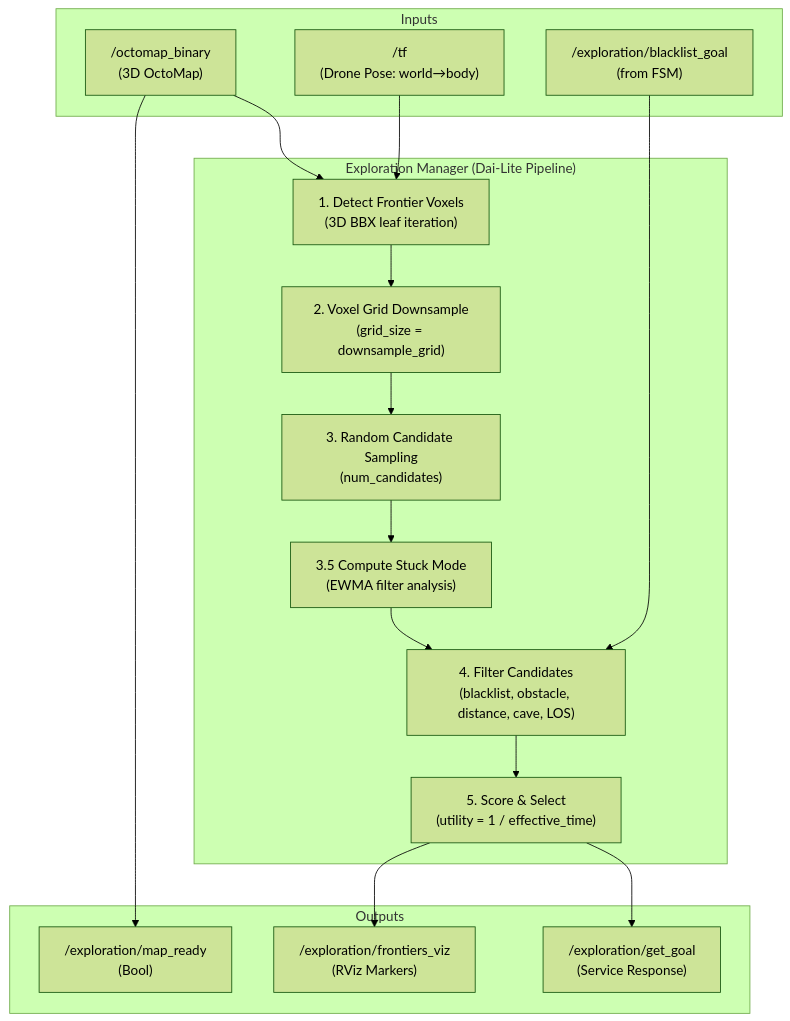
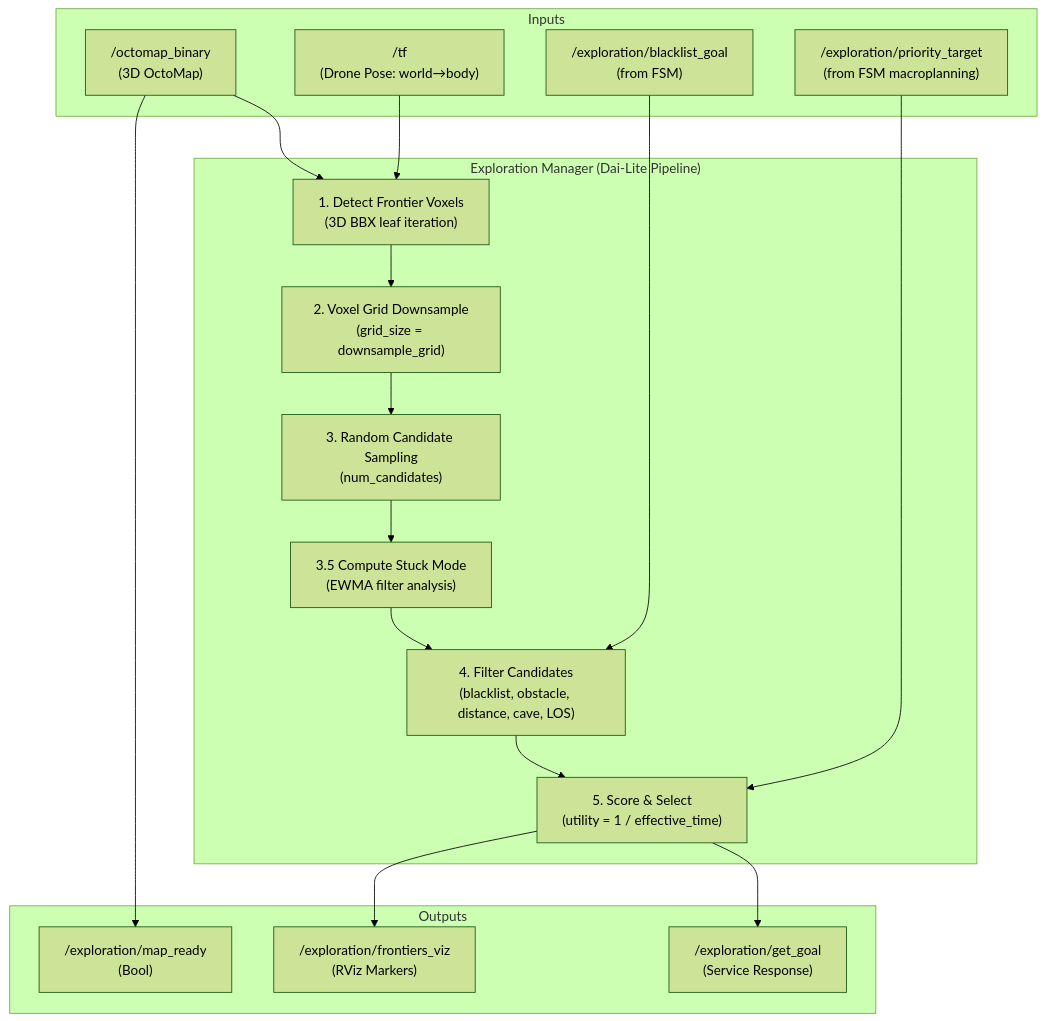
One commit to AlejandroMerinoArias/Final_Assigment-main changed the diagram in ros2_ws/src/exploring/README.md. Above: the diagram before and after it, drawn with Mermaid (forest theme). The commit also changed other lines of this file and 5 other files, not shown here.

Commit message:
Refine single-edge macroplanning with priority exploration target

````diff
--- a/ros2_ws/src/exploring/README.md
+++ b/ros2_ws/src/exploring/README.md
@@ -17,35 +17,37 @@
 ```mermaid
 graph TD
     subgraph "Inputs"
         octomap["/octomap_binary<br/>(3D OctoMap)"]
         tf["/tf<br/>(Drone Pose: world→body)"]
         blacklist["/exploration/blacklist_goal<br/>(from FSM)"]
+        priority_target["/exploration/priority_target<br/>(from FSM macroplanning)"]
     end
 
     subgraph "Exploration Manager (Dai-Lite Pipeline)"
         detect["1. Detect Frontier Voxels<br/>(3D BBX leaf iteration)"]
         downsample["2. Voxel Grid Downsample<br/>(grid_size = downsample_grid)"]
         sample["3. Random Candidate Sampling<br/>(num_candidates)"]
         stuck["3.5 Compute Stuck Mode<br/>(EWMA filter analysis)"]
         filter["4. Filter Candidates<br/>(blacklist, obstacle, distance, cave, LOS)"]
         score["5. Score & Select<br/>(utility = 1 / effective_time)"]
     end
 
     subgraph "Outputs"
         svc["/exploration/get_goal<br/>(Service Response)"]
         viz["/exploration/frontiers_viz<br/>(RViz Markers)"]
         ready["/exploration/map_ready<br/>(Bool)"]
     end
 
     octomap --> detect
     tf --> detect
     blacklist --> filter
+    priority_target --> score
     detect --> downsample
     downsample --> sample
     sample --> stuck
     stuck --> filter
     filter --> score
     score --> svc
     score --> viz
     octomap --> ready
 ```
````
